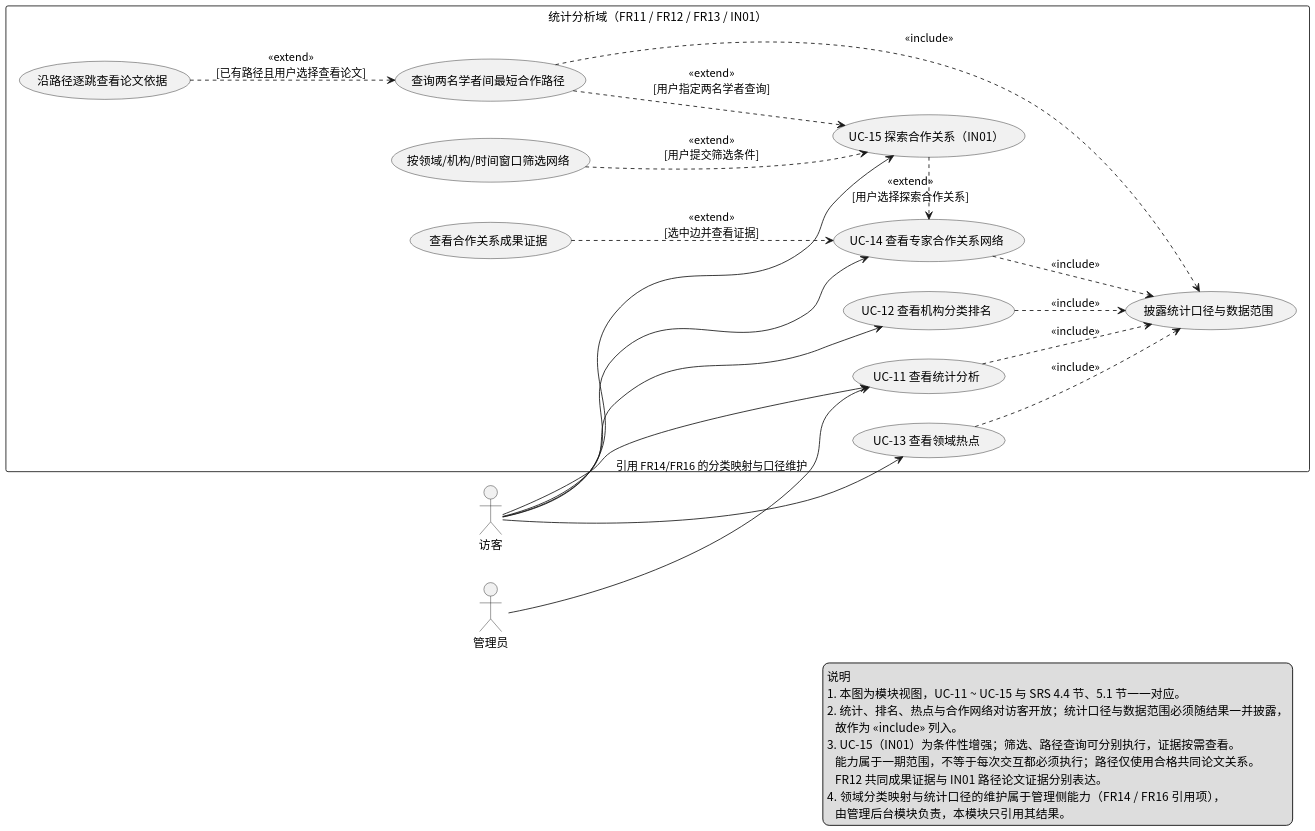
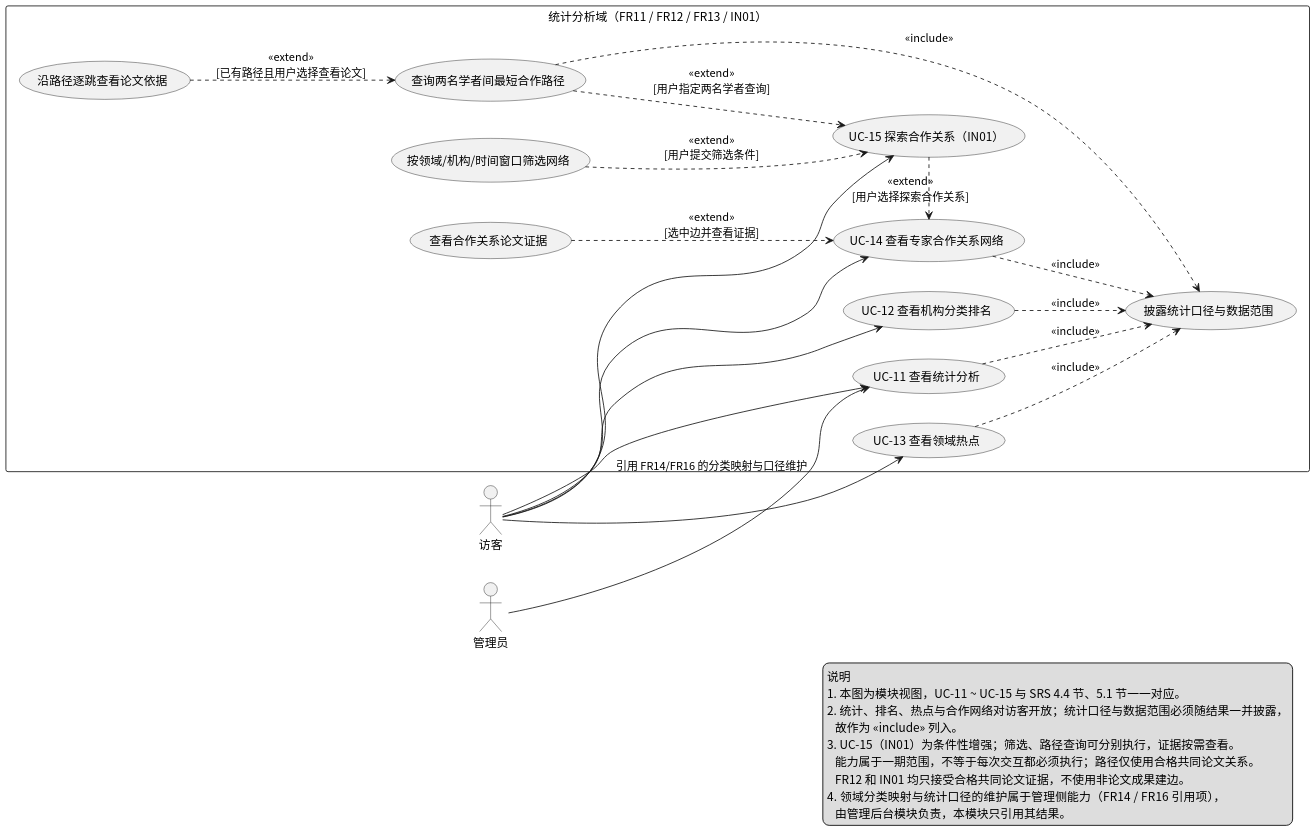
The diagram in docs/uml/analytics/DGM-USECASE-02-analytics.puml (CognitaNexus/CognitaNexus), drawn with PlantUML before and after one commit.

Commit message:
docs(uml): align basic cooperation graph and path evidence to paper-only scope

```diff
--- a/docs/uml/analytics/DGM-USECASE-02-analytics.puml
+++ b/docs/uml/analytics/DGM-USECASE-02-analytics.puml
@@ -1,74 +1,74 @@
 @startuml
 ' =====================================================================
 ' DGM-USECASE-02  统计分析域用例图（成员⑤负责范围）
 ' 覆盖：FR11 成果统计与机构分类排名 / FR12 基础专家合作关系网络
 '       FR13 领域热点分析 / IN01 合作关系探索
 ' 一致性：与 SRS 4.4 节、5.1 节、3.3 节用例清单一致
 ' =====================================================================
 skinparam monochrome true
 skinparam shadowing false
 skinparam defaultFontName "Noto Sans CJK SC"
 skinparam usecaseFontStyle normal
 skinparam actorFontStyle normal
 skinparam rectangleFontStyle normal
 skinparam packageFontStyle normal
 skinparam componentFontStyle normal
 skinparam ArrowFontStyle normal
 skinparam legendFontStyle normal
 skinparam stateFontStyle normal
 skinparam activityFontStyle normal
 skinparam activityDiamondFontStyle normal
 skinparam noteFontStyle normal
 skinparam dpi 150
 left to right direction
 
 actor "访客" as Visitor
 actor "管理员" as Admin
 
 rectangle "统计分析域（FR11 / FR12 / FR13 / IN01）" {
   usecase "UC-11 查看统计分析" as UC11
   usecase "UC-12 查看机构分类排名" as UC12
   usecase "UC-13 查看领域热点" as UC13
   usecase "UC-14 查看专家合作关系网络" as UC14
   usecase "UC-15 探索合作关系（IN01）" as UC15
 
   usecase "披露统计口径与数据范围" as INCL_Caliber
-  usecase "查看合作关系成果证据" as INCL_Evidence
+  usecase "查看合作关系论文证据" as INCL_Evidence
   usecase "按领域/机构/时间窗口筛选网络" as INCL_Filter
   usecase "查询两名学者间最短合作路径" as INCL_Path
   usecase "沿路径逐跳查看论文依据" as INCL_PathEvidence
 }
 
 Visitor --> UC11
 Visitor --> UC12
 Visitor --> UC13
 Visitor --> UC14
 Visitor --> UC15
 
 UC15 .> UC14 : <<extend>>\n[用户选择探索合作关系]
 
 UC11 ..> INCL_Caliber : <<include>>
 UC12 ..> INCL_Caliber : <<include>>
 UC13 ..> INCL_Caliber : <<include>>
 UC14 ..> INCL_Caliber : <<include>>
 INCL_Evidence ..> UC14 : <<extend>>\n[选中边并查看证据]
 
 INCL_Filter ..> UC15 : <<extend>>\n[用户提交筛选条件]
 INCL_Path ..> UC15 : <<extend>>\n[用户指定两名学者查询]
 INCL_PathEvidence ..> INCL_Path : <<extend>>\n[已有路径且用户选择查看论文]
 INCL_Path ..> INCL_Caliber : <<include>>
 
 Admin --> UC11 : 引用 FR14/FR16 的分类映射与口径维护
 
 legend right
   说明
   1. 本图为模块视图，UC-11 ~ UC-15 与 SRS 4.4 节、5.1 节一一对应。
   2. 统计、排名、热点与合作网络对访客开放；统计口径与数据范围必须随结果一并披露，
      故作为 <<include>> 列入。
   3. UC-15（IN01）为条件性增强；筛选、路径查询可分别执行，证据按需查看。
      能力属于一期范围，不等于每次交互都必须执行；路径仅使用合格共同论文关系。
-     FR12 共同成果证据与 IN01 路径论文证据分别表达。
+     FR12 和 IN01 均只接受合格共同论文证据，不使用非论文成果建边。
   4. 领域分类映射与统计口径的维护属于管理侧能力（FR14 / FR16 引用项），
      由管理后台模块负责，本模块只引用其结果。
 endlegend
 @enduml
```
